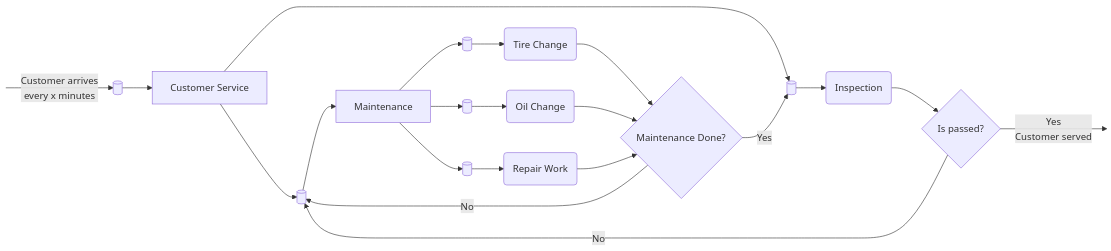
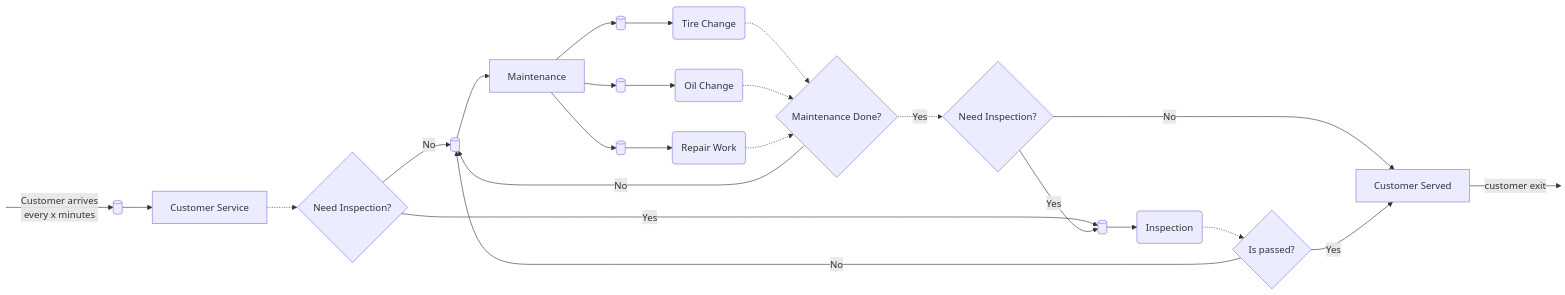
One commit to swostikl/Car-Garage-Simulation changed the first of 2 diagrams in README.md. Above: the diagram before and after it, drawn with Mermaid.

````diff
--- a/README.md
+++ b/README.md
@@ -1,27 +1,28 @@
 ```mermaid
----
-config:
-  layout: fixed
-  theme: default
----
 flowchart LR
     nowhere1[" "] -- Customer arrives <br> every x minutes --> queue1[(" ")]
     queue1 --> customerService["Customer Service"]
-    customerService --> queueMaintenance[(" ")] & queueInspection[(" ")]
+    customerService -.-> needInspection{"Need Inspection?"}
+    needInspection -- No --> queueMaintenance[(" ")]
+    needInspection -- Yes --> queueInspection[(" ")]
     queueMaintenance --> maintenance["Maintenance"]
     queueInspection --> inspection("Inspection")
     maintenance --> tireQueue[(" ")] & oilQueue[(" ")] & repairQueue[(" ")]
     tireQueue --> tireChange("Tire Change")
     oilQueue --> oilChange("Oil Change")
     repairQueue --> repairWork("Repair Work")
-    tireChange --> maintenanceDone{"Maintenance Done?"}
-    oilChange --> maintenanceDone
-    repairWork --> maintenanceDone
-    maintenanceDone -- Yes --> queueInspection
+    tireChange -.-> maintenanceDone{"Maintenance Done?"}
+    oilChange -.-> maintenanceDone
+    repairWork -.-> maintenanceDone
+    maintenanceDone -. Yes .-> needInspection1{"Need Inspection?"}
+    needInspection1 -- No --> customerServed["Customer Served"]
+    needInspection1 -- Yes --> queueInspection
     maintenanceDone -- No --> queueMaintenance
-    inspection --> isPassed{"Is passed?"}
-    isPassed -- Yes <br> Customer served --> customerServed[" "]
+    inspection -.-> isPassed{"Is passed?"}
+    isPassed -- Yes --> customerServed
     isPassed -- No --> queueMaintenance
+    customerServed -- customer exit --> exit[" "]
     style nowhere1 width:0px
-    style customerServed width:0px
+    style exit width:0px
+
 ```
````
